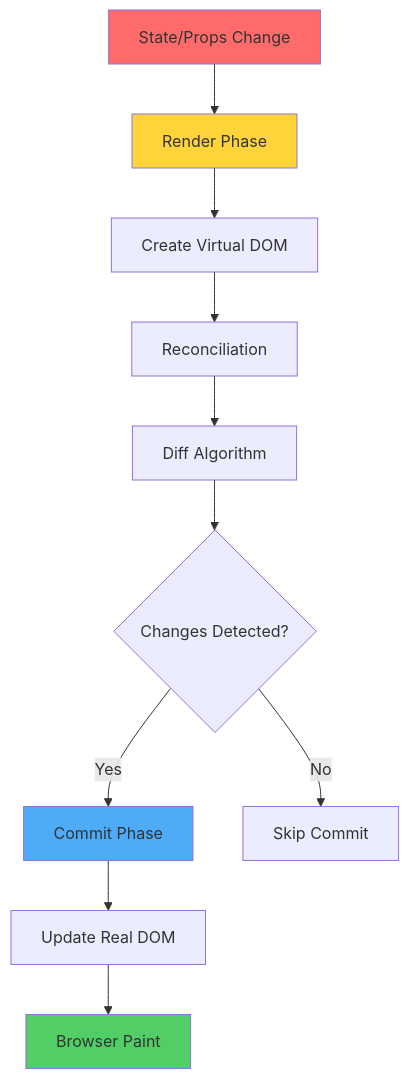
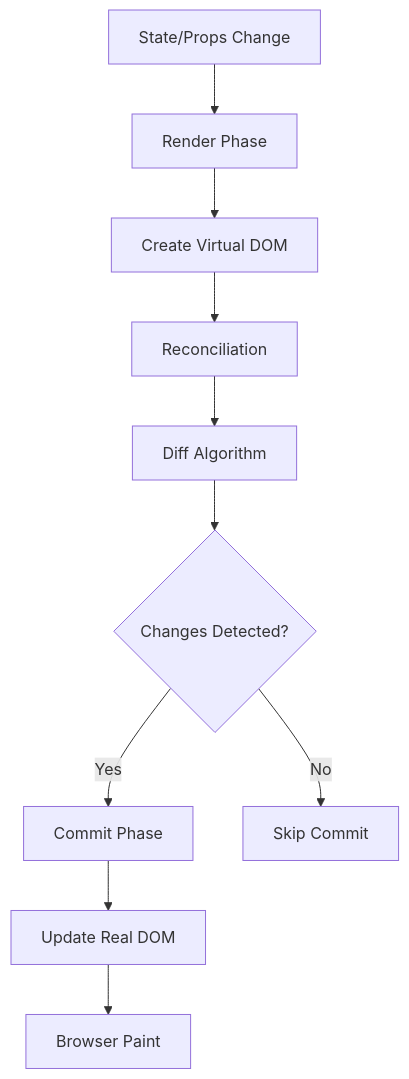
One commit to BabaScience/react-guides changed the first of 5 diagrams in arguments/chapters/09-performance-optimization.md. Above: the diagram before and after it, drawn with Mermaid. The commit also changed other lines of this file and 29 other files, not shown here.

First line of the commit message:
Bring React FR/IT translations to full English parity + theme-safe diagrams

````diff
--- a/arguments/chapters/09-performance-optimization.md
+++ b/arguments/chapters/09-performance-optimization.md
@@ -28,19 +28,15 @@
 ```mermaid
 graph TD
     A[State/Props Change] --> B[Render Phase]
     B --> C[Create Virtual DOM]
     C --> D[Reconciliation]
     D --> E[Diff Algorithm]
     E --> F{Changes Detected?}
     
     F -->|Yes| G[Commit Phase]
     F -->|No| H[Skip Commit]
     
     G --> I[Update Real DOM]
     I --> J[Browser Paint]
     
-    style A fill:#ff6b6b
-    style B fill:#ffd43b
-    style G fill:#4dabf7
-    style J fill:#51cf66
 ```
````
